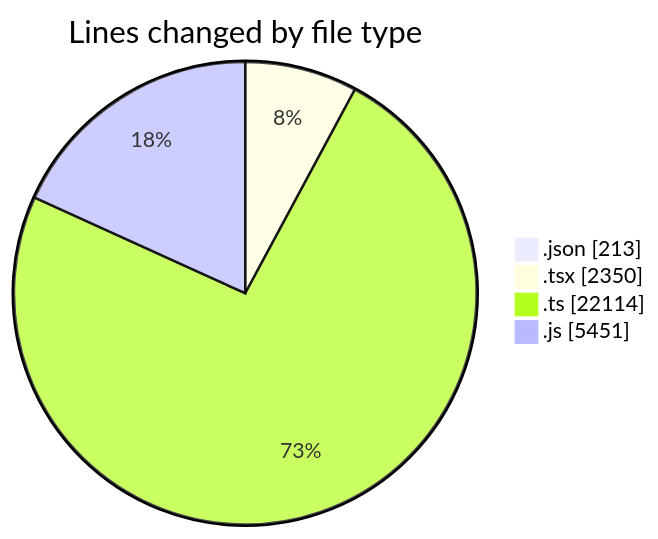
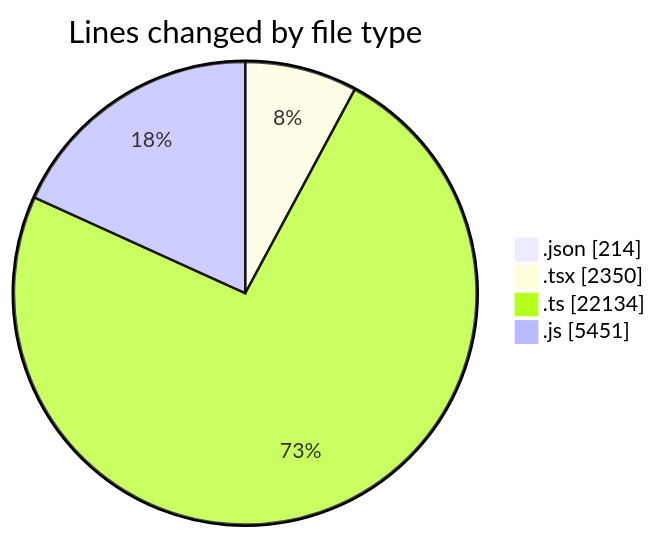
Before and after one commit to momahboobian/code-tracking: the first of 2 diagrams in 2025-07-28/cda/README.md, drawn with Mermaid. The commit also changed other lines of this file and 1 other file, not shown here.

````diff
--- a/2025-07-28/cda/README.md
+++ b/2025-07-28/cda/README.md
@@ -35,8 +35,8 @@
 ```mermaid
 pie showData
 title Lines changed by file type
-".json" : 213
+".json" : 214
 ".tsx" : 2350
-".ts" : 22114
+".ts" : 22134
 ".js" : 5451
 ```
````
